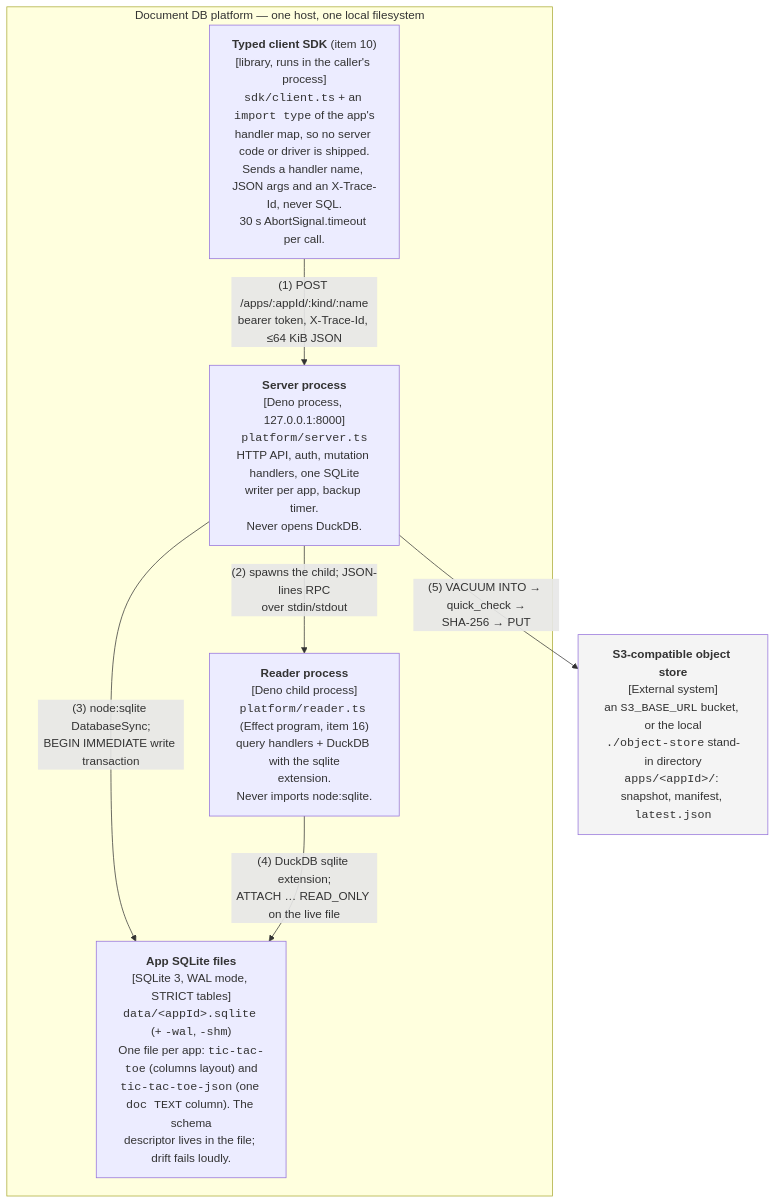
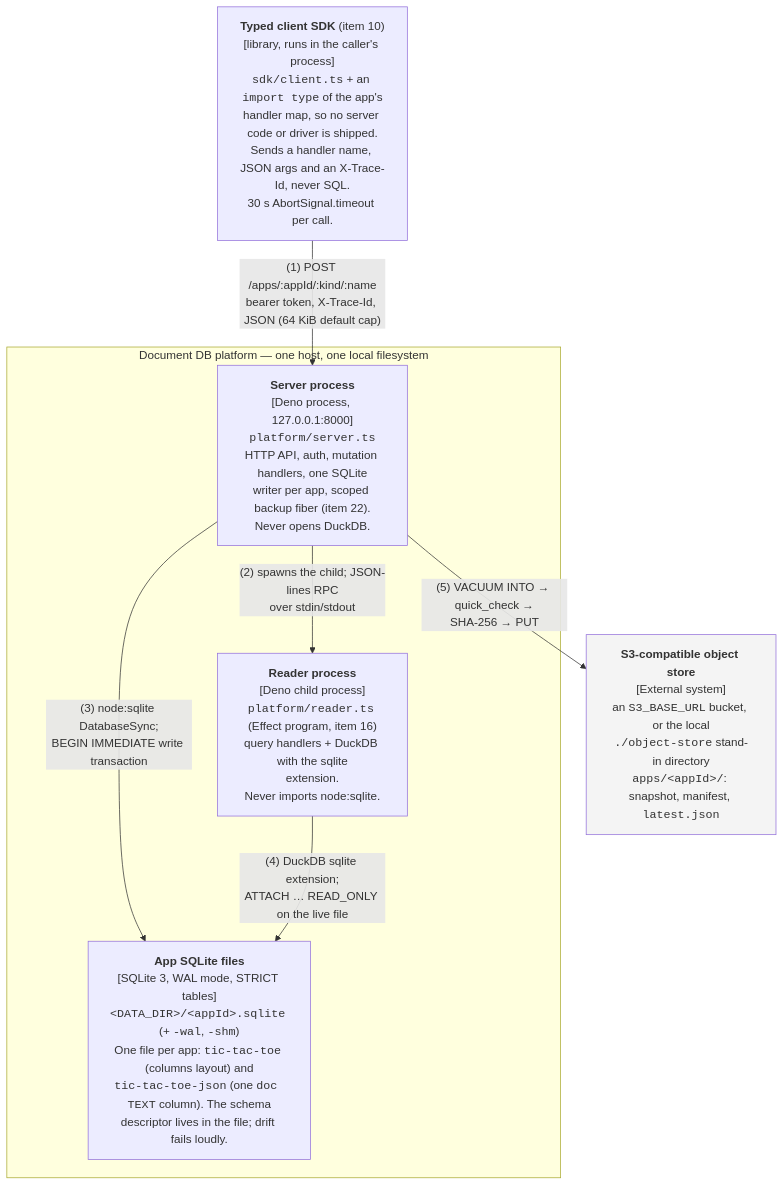
The diagram in docs/architecture/c4-container-platform.github.md (nickstrad/ts-db), drawn with Mermaid before and after one commit. The commit also changed other lines of this file and 12 other files, not shown here.

````diff
--- a/docs/architecture/c4-container-platform.github.md
+++ b/docs/architecture/c4-container-platform.github.md
@@ -22,21 +20,22 @@
 ```mermaid
 flowchart TB
+        sdk["<b>Typed client SDK</b> (item 10)<br/>[library, runs in the caller's process]<br/><code>sdk/client.ts</code> + an <code>import type</code> of the app's<br/>handler map, so no server code or driver is shipped.<br/>Sends a handler name, JSON args and an X-Trace-Id, never SQL.<br/>30 s AbortSignal.timeout per call."]
     subgraph host["Document DB platform — one host, one local filesystem"]
-        sdk["<b>Typed client SDK</b> (item 10)<br/>[library, runs in the caller's process]<br/><code>sdk/client.ts</code> + an <code>import type</code> of the app's<br/>handler map, so no server code or driver is shipped.<br/>Sends a handler name, JSON args and an X-Trace-Id, never SQL.<br/>30 s AbortSignal.timeout per call."]
-        server["<b>Server process</b><br/>[Deno process, 127.0.0.1:8000]<br/><code>platform/server.ts</code><br/>HTTP API, auth, mutation handlers, one SQLite<br/>writer per app, backup timer.<br/>Never opens DuckDB."]
+        server["<b>Server process</b><br/>[Deno process, 127.0.0.1:8000]<br/><code>platform/server.ts</code><br/>HTTP API, auth, mutation handlers, one SQLite<br/>writer per app, scoped backup fiber (item 22).<br/>Never opens DuckDB."]
         reader["<b>Reader process</b><br/>[Deno child process]<br/><code>platform/reader.ts</code> (Effect program, item 16)<br/>query handlers + DuckDB with the sqlite<br/>extension.<br/>Never imports node:sqlite."]
-        files["<b>App SQLite files</b><br/>[SQLite 3, WAL mode, STRICT tables]<br/><code>data/&lt;appId&gt;.sqlite</code> (+ <code>-wal</code>, <code>-shm</code>)<br/>One file per app: <code>tic-tac-toe</code> (columns layout) and<br/><code>tic-tac-toe-json</code> (one <code>doc TEXT</code> column). The schema<br/>descriptor lives in the file; drift fails loudly."]
+        files["<b>App SQLite files</b><br/>[SQLite 3, WAL mode, STRICT tables]<br/><code>&lt;DATA_DIR&gt;/&lt;appId&gt;.sqlite</code> (+ <code>-wal</code>, <code>-shm</code>)<br/>One file per app: <code>tic-tac-toe</code> (columns layout) and<br/><code>tic-tac-toe-json</code> (one <code>doc TEXT</code> column). The schema<br/>descriptor lives in the file; drift fails loudly."]
     end
 
     store["<b>S3-compatible object store</b><br/>[External system]<br/>an <code>S3_BASE_URL</code> bucket, or the local<br/><code>./object-store</code> stand-in directory<br/><code>apps/&lt;appId&gt;/</code>: snapshot, manifest, <code>latest.json</code>"]
 
-    sdk -->|"(1) POST /apps/:appId/:kind/:name<br/>bearer token, X-Trace-Id, ≤64 KiB JSON"| server
+    sdk -->|"(1) POST /apps/:appId/:kind/:name<br/>bearer token, X-Trace-Id, JSON (64 KiB default cap)"| server
     server -->|"(2) spawns the child; JSON-lines RPC<br/>over stdin/stdout"| reader
     server -->|"(3) node:sqlite DatabaseSync;<br/>BEGIN IMMEDIATE write transaction"| files
     reader -->|"(4) DuckDB sqlite extension;<br/>ATTACH … READ_ONLY on the live file"| files
     server -->|"(5) VACUUM INTO → quick_check →<br/>SHA-256 → PUT"| store
 
     classDef planned stroke-dasharray: 5 3
+    classDef person fill:#fff,stroke-width:2px
     classDef external fill:#f4f4f4
     class store external
 ```
````
